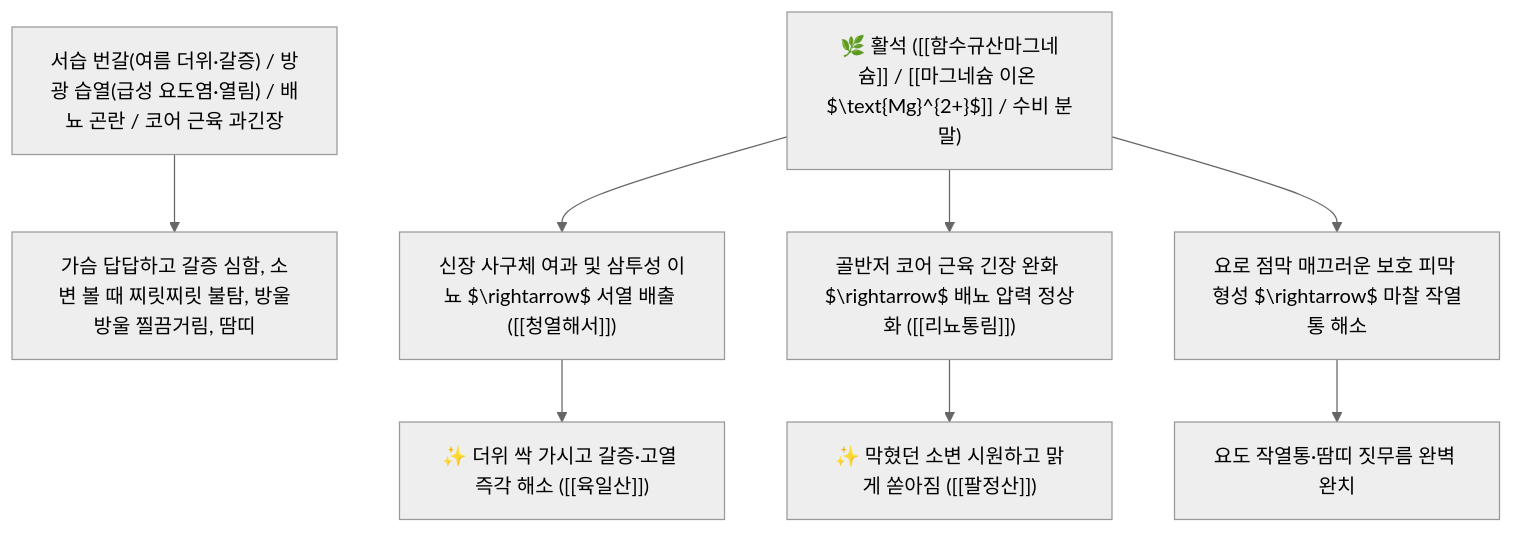
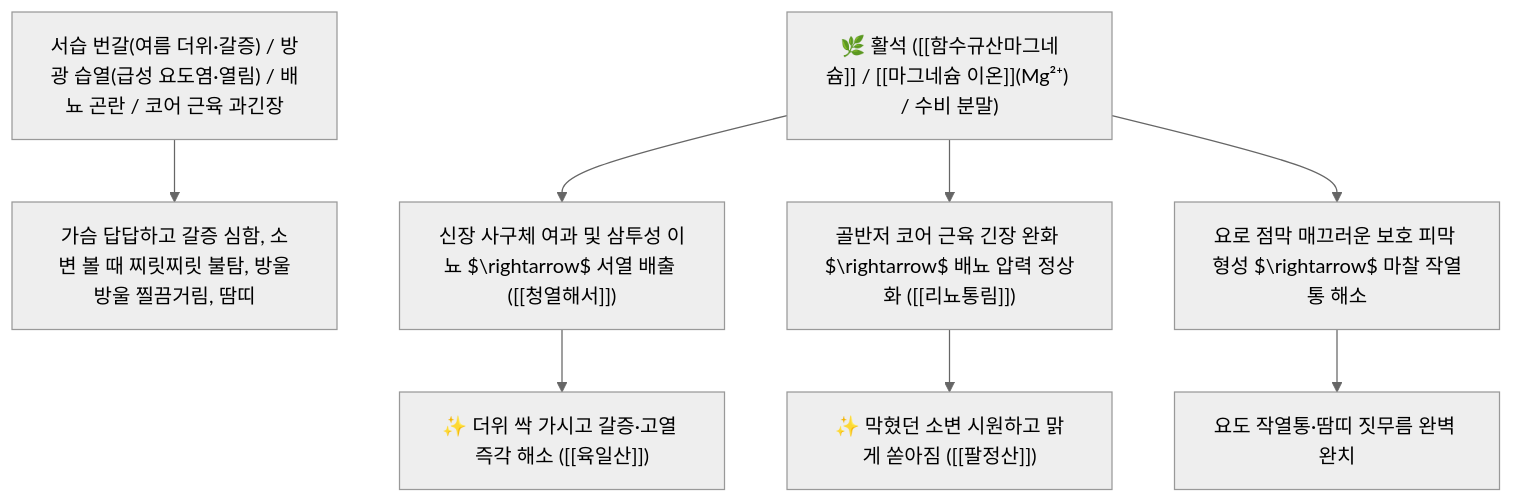
Before and after one commit to simbio11/simbio-digital-garden2: the diagram in content/2. 약리 공부/본초/06_이수삼습약/활석.md, drawn with Mermaid (neutral theme). The commit also changed 140 other files, not shown here.

````diff
--- a/content/2. 약리 공부/본초/06_이수삼습약/활석.md
+++ b/content/2. 약리 공부/본초/06_이수삼습약/활석.md
@@ -47,12 +47,12 @@
 ```mermaid
 graph TD
     SummerHeatDampDysuria["서습 번갈(여름 더위·갈증) / 방광 습열(급성 요도염·열림) / 배뇨 곤란 / 코어 근육 과긴장"] --> Distress["가슴 답답하고 갈증 심함, 소변 볼 때 찌릿찌릿 불탐, 방울방울 찔끔거림, 땀띠"]
     
-    Herb["🌿 활석 ([[함수규산마그네슘]] / [[마그네슘 이온 $\text{Mg}^{2+}$]] / 수비 분말)"] --> OsmoticDiuresisDrive["신장 사구체 여과 및 삼투성 이뇨 $\rightarrow$ 서열 배출 ([[청열해서]])"]
+    Herb["🌿 활석 ([[함수규산마그네슘]] / [[마그네슘 이온]](Mg²⁺) / 수비 분말)"] --> OsmoticDiuresisDrive["신장 사구체 여과 및 삼투성 이뇨 $\rightarrow$ 서열 배출 ([[청열해서]])"]
     Herb --> PelvicFloorMuscleRelax["골반저 코어 근육 긴장 완화 $\rightarrow$ 배뇨 압력 정상화 ([[리뇨통림]])"]
     Herb --> UrinaryMucosalCoating["요로 점막 매끄러운 보호 피막 형성 $\rightarrow$ 마찰 작열통 해소"]
     
     OsmoticDiuresisDrive --> SummerThirstQuenched["✨ 더위 싹 가시고 갈증·고열 즉각 해소 ([[육일산]])"]
     PelvicFloorMuscleRelax --> SmoothUrineGush["✨ 막혔던 소변 시원하고 맑게 쏟아짐 ([[팔정산]])"]
     UrinaryMucosalCoating --> BurningPainExtinguished["요도 작열통·땀띠 짓무름 완벽 완치"]
 ```
````
